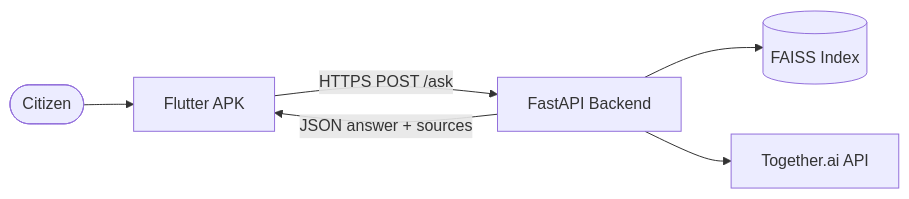
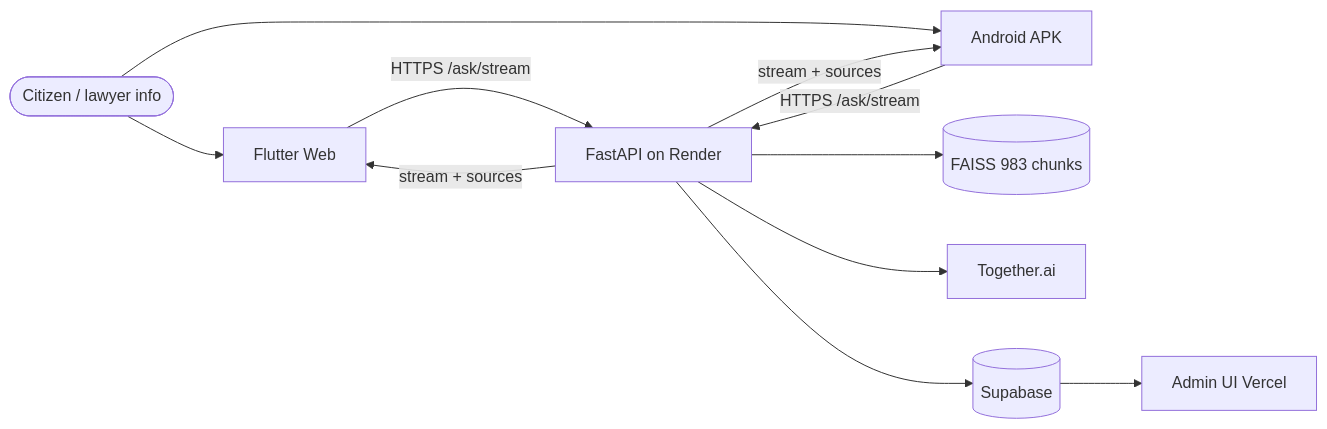
The first of 4 diagrams in docs/ARCHITECTURE.md (ShahxHussain/AI_Legal_Assistant), drawn with Mermaid before and after one commit. The commit also changed other lines of this file and 18 other files, not shown here.

````diff
--- a/docs/ARCHITECTURE.md
+++ b/docs/ARCHITECTURE.md
@@ -20,14 +28,22 @@
 ```mermaid
 flowchart LR
-    User([Citizen])
-    APK[Flutter APK]
-    API[FastAPI Backend]
-    FAISS[(FAISS Index)]
-    LLM[Together.ai API]
+    User([Citizen / lawyer info])
+    Web[Flutter Web]
+    APK[Android APK]
+    API[FastAPI on Render]
+    FAISS[(FAISS 983 chunks)]
+    LLM[Together.ai]
+    DB[(Supabase)]
+    Admin[Admin UI Vercel]
 
+    User --> Web
     User --> APK
-    APK -->|HTTPS POST /ask| API
+    Web -->|HTTPS /ask/stream| API
+    APK -->|HTTPS /ask/stream| API
     API --> FAISS
     API --> LLM
-    API -->|JSON answer + sources| APK
+    API --> DB
+    DB --> Admin
+    API -->|stream + sources| Web
+    API -->|stream + sources| APK
 ```
````
